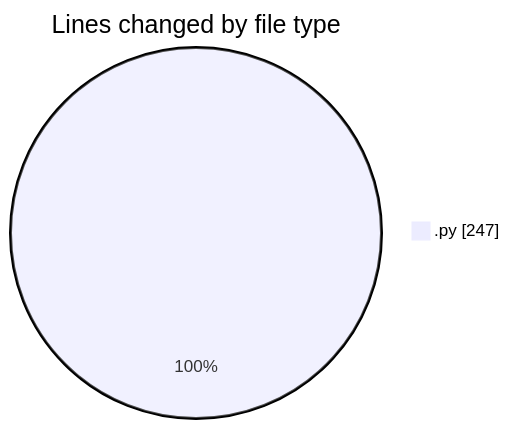
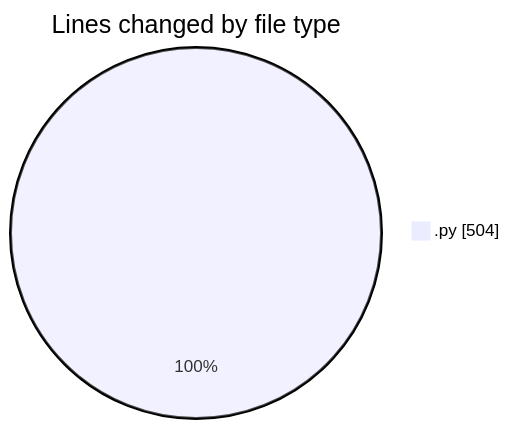
Before and after one commit to julien-gomy/code-tracking: the first of 2 diagrams in 2025-11-15/eventscop-api-guide__workspace_/README.md, drawn with Mermaid. The commit also changed other lines of this file and 1 other file, not shown here.

````diff
--- a/2025-11-15/eventscop-api-guide__workspace_/README.md
+++ b/2025-11-15/eventscop-api-guide__workspace_/README.md
@@ -21,5 +23,5 @@
 ```mermaid
 pie showData
 title Lines changed by file type
-".py" : 247
+".py" : 504
 ```
````
